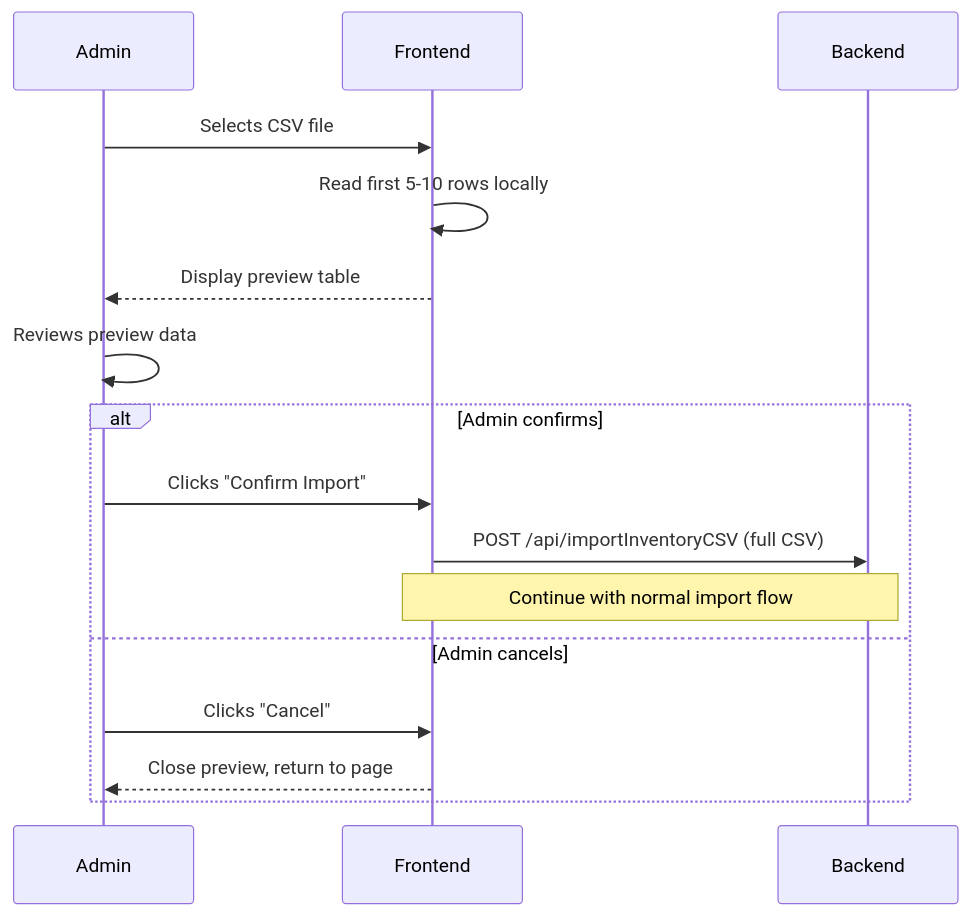
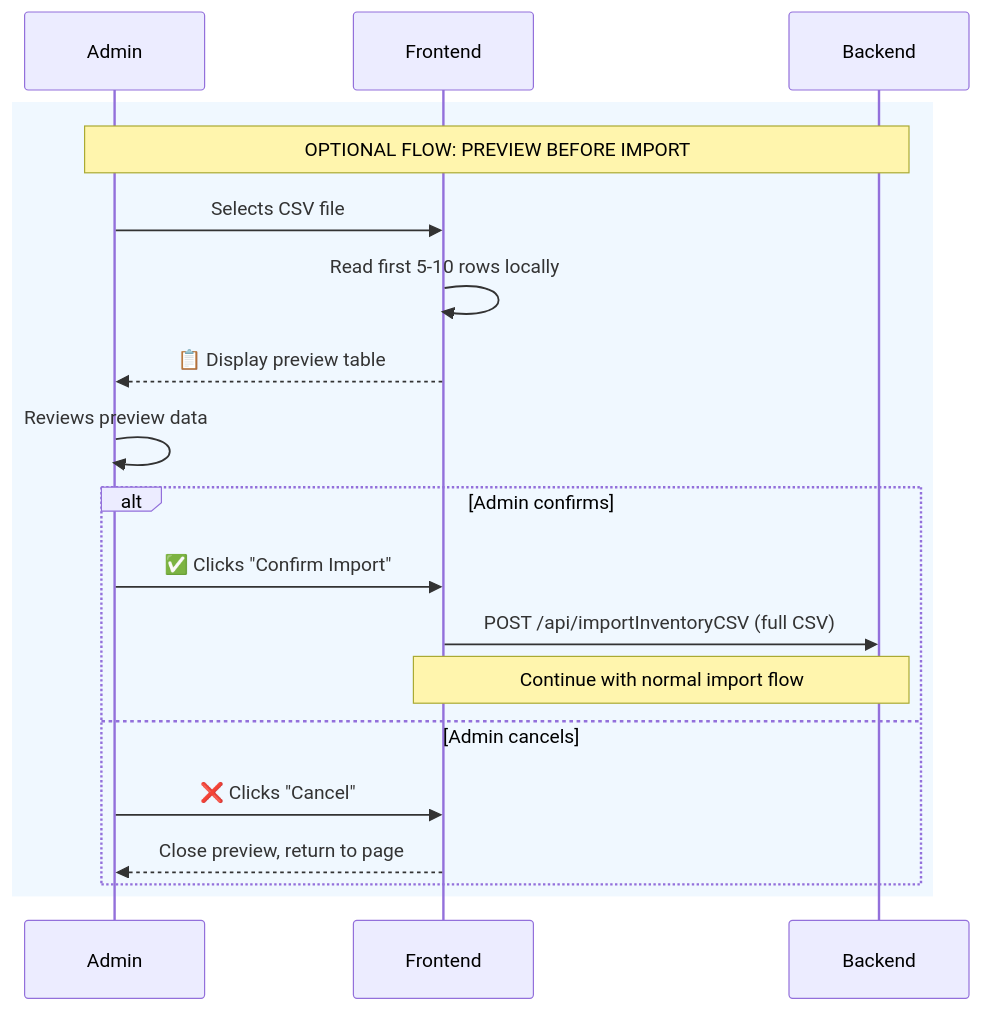
Before and after one commit to phuongloannn/bicycle-web-FE: the fifth of 9 diagrams in UML_Sequence_Diagram_Inventory_CSV.md, drawn with Mermaid. The commit also changed other lines of this file, not shown here.

````diff
--- a/UML_Sequence_Diagram_Inventory_CSV.md
+++ b/UML_Sequence_Diagram_Inventory_CSV.md
@@ -157,21 +175,25 @@
 ```mermaid
 sequenceDiagram
-    participant Admin
-    participant Frontend
-    participant Backend
+    participant Admin as Admin
+    participant Frontend as Frontend
+    participant Backend as Backend
 
-    Admin->>Frontend: Selects CSV file
-    Frontend->>Frontend: Read first 5-10 rows locally
-    Frontend-->>Admin: Display preview table
-    
-    Admin->>Admin: Reviews preview data
-    
-    alt Admin confirms
-        Admin->>Frontend: Clicks "Confirm Import"
-        Frontend->>Backend: POST /api/importInventoryCSV (full CSV)
-        Note over Frontend,Backend: Continue with normal import flow
-    else Admin cancels
-        Admin->>Frontend: Clicks "Cancel"
-        Frontend-->>Admin: Close preview, return to page
+    rect rgb(240, 248, 255)
+        Note over Admin,Backend: OPTIONAL FLOW: PREVIEW BEFORE IMPORT
+        
+        Admin->>Frontend: Selects CSV file
+        Frontend->>Frontend: Read first 5-10 rows locally
+        Frontend-->>Admin: 📋 Display preview table
+        
+        Admin->>Admin: Reviews preview data
+        
+        alt Admin confirms
+            Admin->>Frontend: ✅ Clicks "Confirm Import"
+            Frontend->>Backend: POST /api/importInventoryCSV (full CSV)
+            Note over Frontend,Backend: Continue with normal import flow
+        else Admin cancels
+            Admin->>Frontend: ❌ Clicks "Cancel"
+            Frontend-->>Admin: Close preview, return to page
+        end
     end
 ```
````
